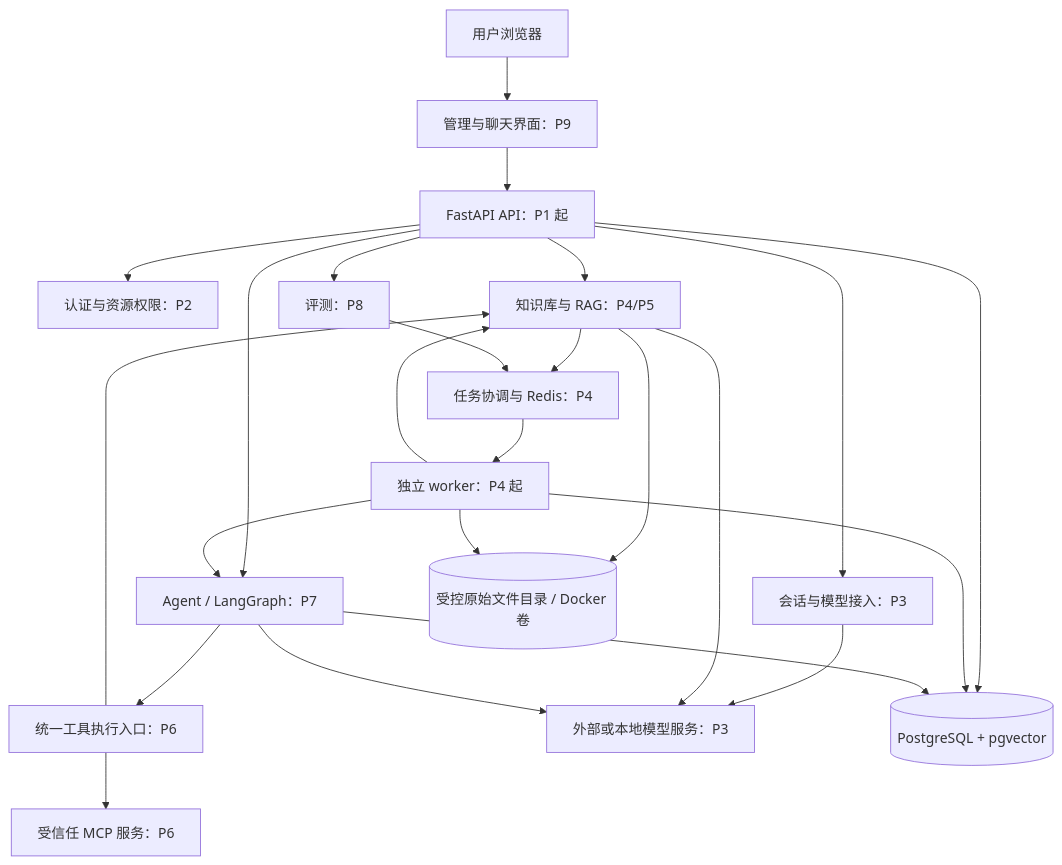
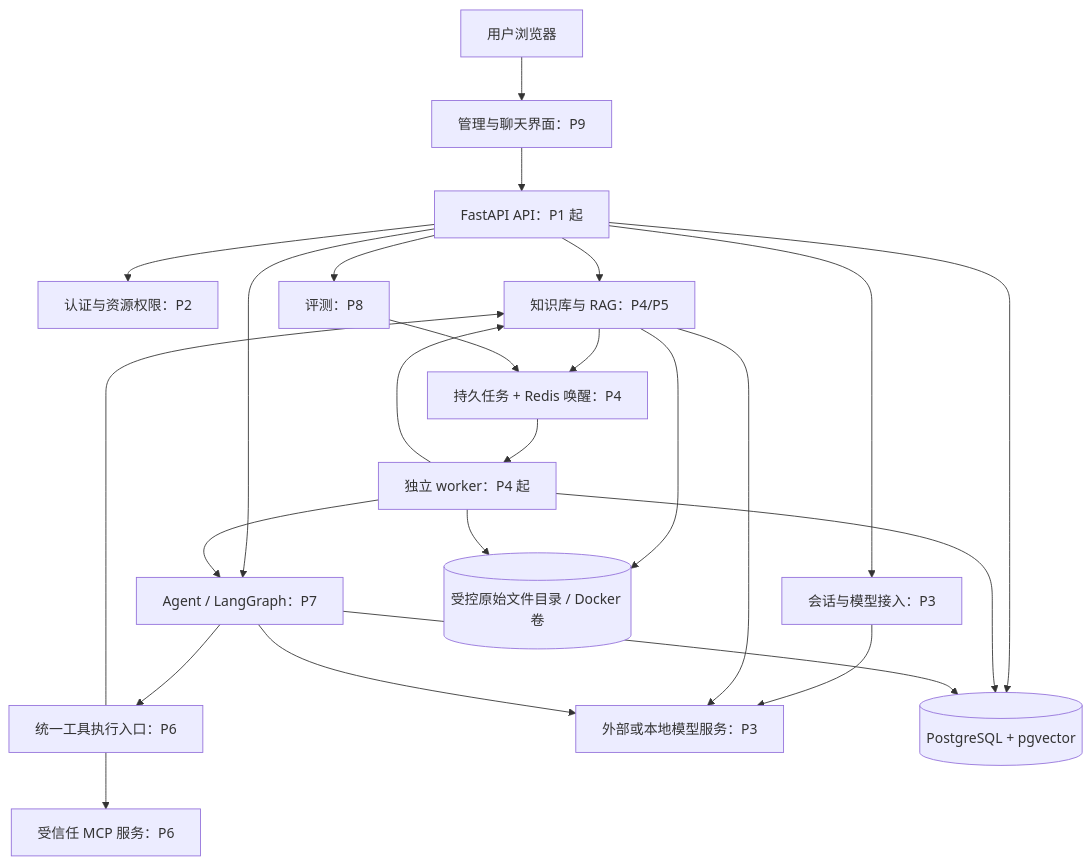
One commit to 3351777344-bot/AgentHub changed the diagram in docs/ARCHITECTURE.md. Above: the diagram before and after it, drawn with Mermaid. The commit also changed other lines of this file and 40 other files, not shown here.

````diff
--- a/docs/ARCHITECTURE.md
+++ b/docs/ARCHITECTURE.md
@@ -21,26 +21,26 @@
 ```mermaid
 flowchart TD
     U[用户浏览器] --> UI[管理与聊天界面：P9]
     UI --> API[FastAPI API：P1 起]
     API --> AUTH[认证与资源权限：P2]
     API --> CHAT[会话与模型接入：P3]
     API --> KB[知识库与 RAG：P4/P5]
     API --> AG[Agent / LangGraph：P7]
     API --> EV[评测：P8]
-    KB --> JOB[任务协调与 Redis：P4]
+    KB --> JOB[持久任务 + Redis 唤醒：P4]
     EV --> JOB
     JOB --> W[独立 worker：P4 起]
     W --> KB
     W --> AG
     AG --> TOOL[统一工具执行入口：P6]
     TOOL --> MCP[受信任 MCP 服务：P6]
     TOOL --> KB
     CHAT --> MODEL[外部或本地模型服务：P3]
     KB --> MODEL
     AG --> MODEL
     API --> PG[(PostgreSQL + pgvector)]
     W --> PG
     AG --> PG
     KB --> FILES[(受控原始文件目录 / Docker 卷)]
     W --> FILES
 ```
````
